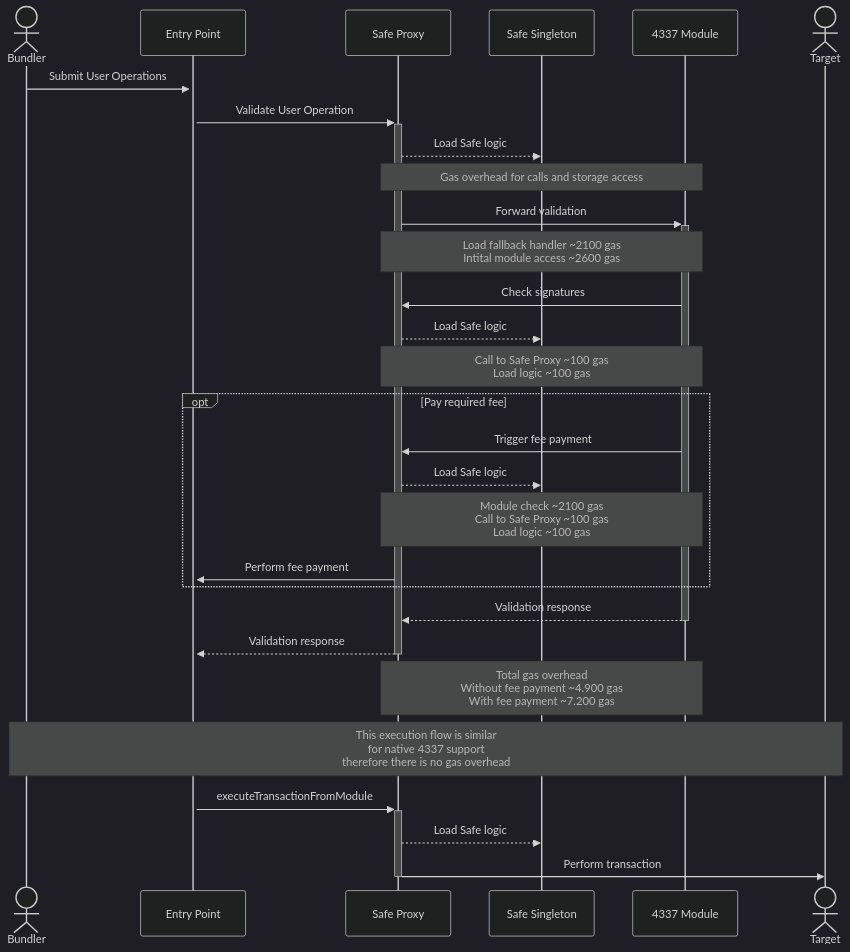
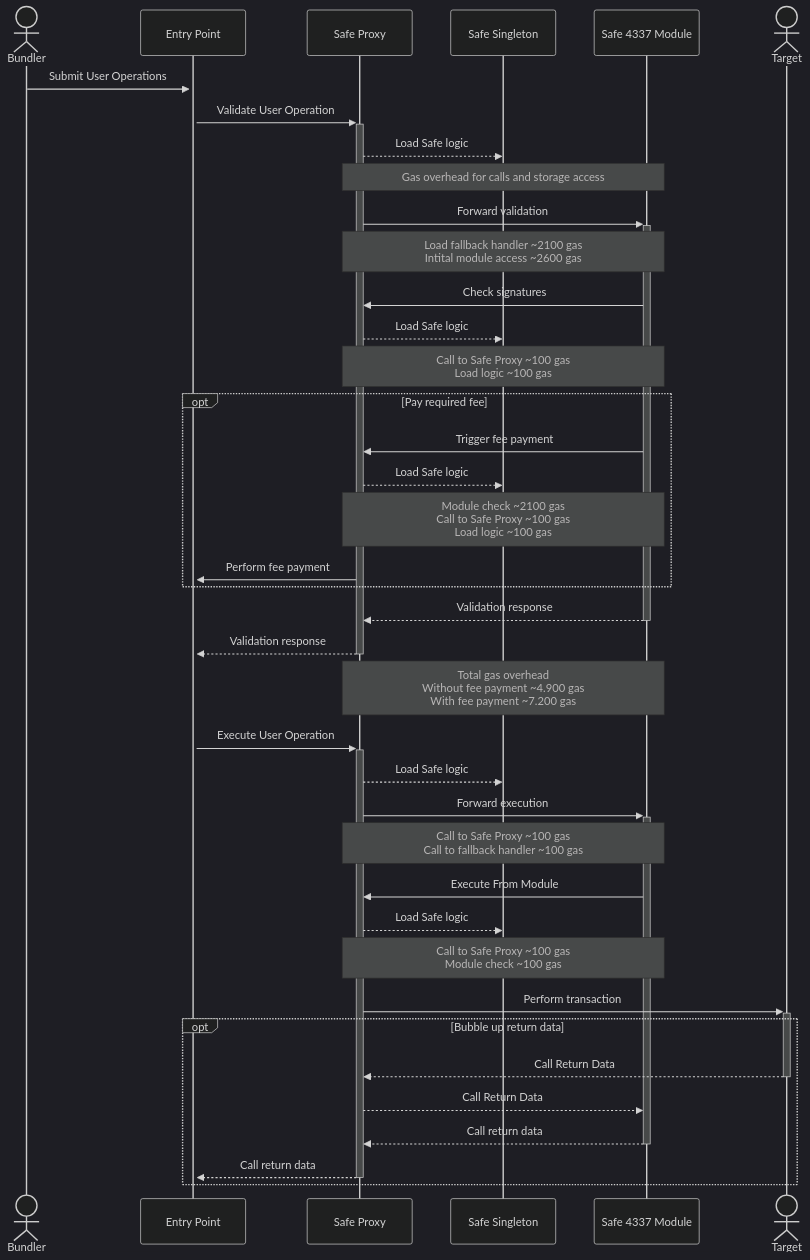
One commit to safe-global/safe-modules changed the first of 2 diagrams in 4337/README.md. Above: the diagram before and after it, drawn with Mermaid (dark theme).

Commit message:
Update Sequence Diagram

````diff
--- a/4337/README.md
+++ b/4337/README.md
@@ -9,31 +9,43 @@
 ```mermaid
 sequenceDiagram
     actor B as Bundler
     participant E as Entry Point
     participant P as Safe Proxy
     participant S as Safe Singleton
-    participant M as 4337 Module
+    participant M as Safe 4337 Module
     actor T as Target
+
     B->>+E: Submit User Operations
     E->>+P: Validate User Operation
     P-->>S: Load Safe logic
     Note over P, M: Gas overhead for calls and storage access
     P->>+M: Forward validation
     Note over P, M: Load fallback handler ~2100 gas<br>Intital module access ~2600 gas
     M->>P: Check signatures
     P-->>S: Load Safe logic
     Note over P, M: Call to Safe Proxy ~100 gas<br>Load logic ~100 gas
     opt Pay required fee
         M->>P: Trigger fee payment
         P-->>S: Load Safe logic
         Note over P, M: Module check ~2100 gas<br>Call to Safe Proxy ~100 gas<br>Load logic ~100 gas
         P->>E: Perform fee payment
     end
     M-->>-P: Validation response
     P-->>-E: Validation response
     Note over P, M: Total gas overhead<br>Without fee payment ~4.900 gas<br>With fee payment ~7.200 gas
-    Note over B, T: This execution flow is similar<br>for native 4337 support<br>therefore there is no gas overhead
-    E->>+P: executeTransactionFromModule
+
+    E->>+P: Execute User Operation
     P-->>S: Load Safe logic
-    P->>-T: Perform transaction
+    P->>+M: Forward execution
+    Note over P, M: Call to Safe Proxy ~100 gas<br>Call to fallback handler ~100 gas
+    M->>P: Execute From Module
+    P-->>S: Load Safe logic
+    Note over P, M: Call to Safe Proxy ~100 gas<br>Module check ~100 gas
+    P->>+T: Perform transaction
+    opt Bubble up return data
+        T-->>-P: Call Return Data
+        P-->>M: Call Return Data
+        M-->>-P: Call return data
+        P-->>-E: Call return data
+    end
 ```
````
